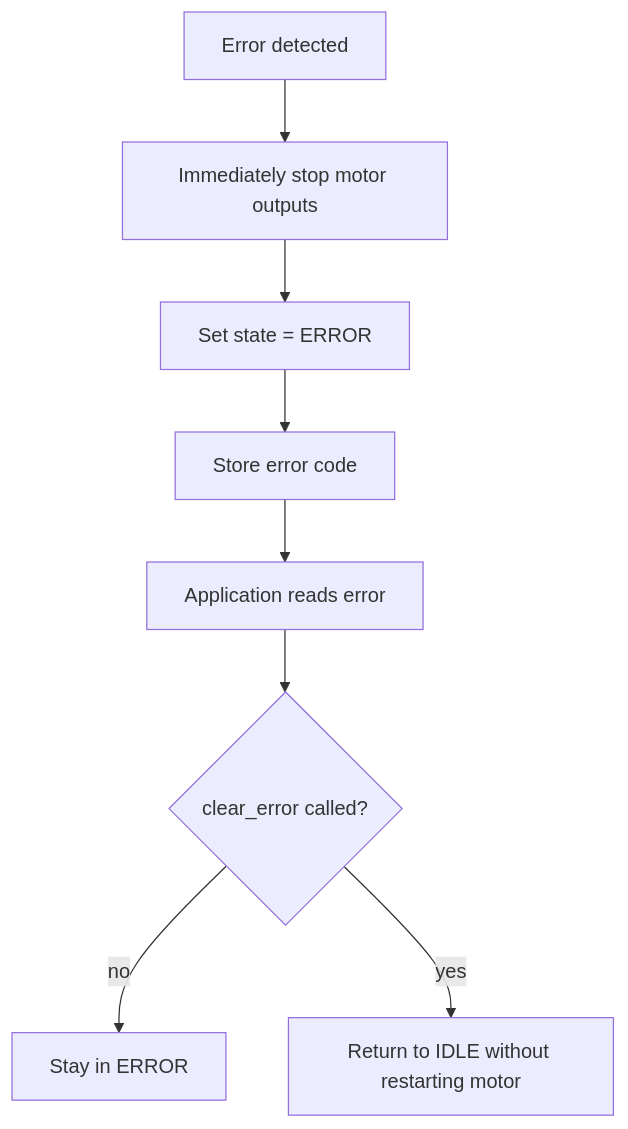
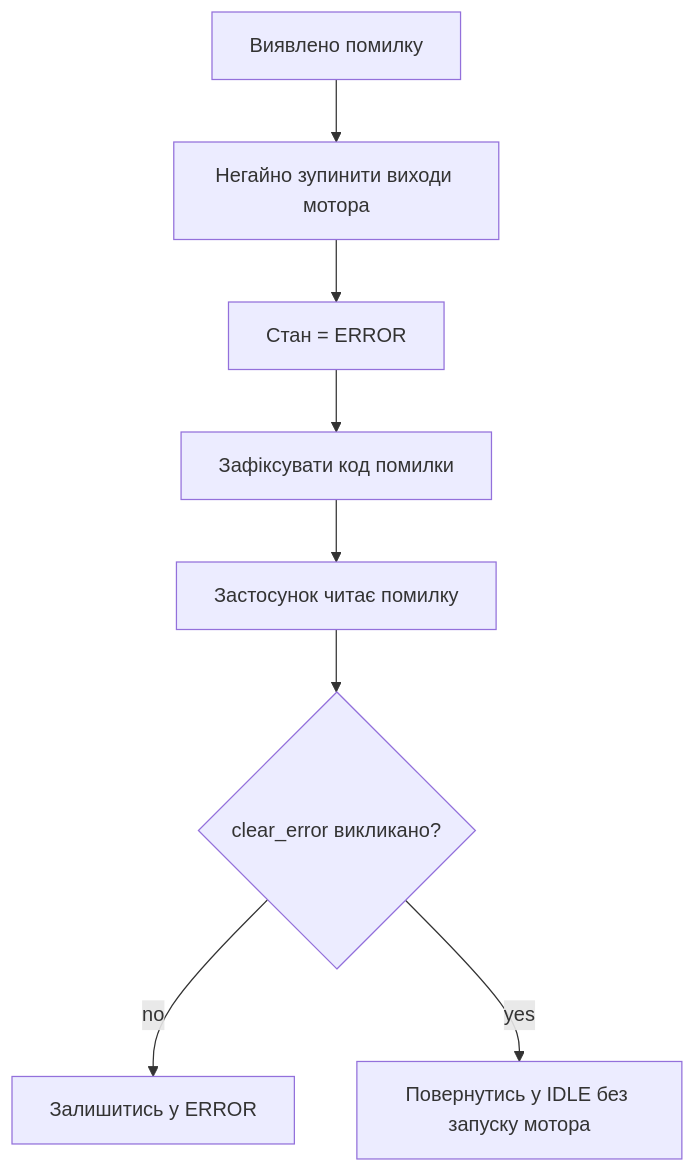
Before and after one commit to anatoliWeb/pic-platform: the fourth of 9 diagrams in docs/libraries/actuator/position_drive.ua.md, drawn with Mermaid. The commit also changed other lines of this file and 3 other files, not shown here.

First line of the commit message:
docs(position-drive): translate Mermaid labels to Ukrainian in UA docs

````diff
--- a/docs/libraries/actuator/position_drive.ua.md
+++ b/docs/libraries/actuator/position_drive.ua.md
@@ -199,10 +198,10 @@
 ```mermaid
 flowchart TD
-    ERR[Error detected] --> STOP[Immediately stop motor outputs]
-    STOP --> STATE[Set state = ERROR]
-    STATE --> CODE[Store error code]
-    CODE --> REPORT[Application reads error]
-    REPORT --> CLEAR{clear_error called?}
-    CLEAR -- no --> HOLD[Stay in ERROR]
-    CLEAR -- yes --> IDLE[Return to IDLE without restarting motor]
+    ERR[Виявлено помилку] --> STOP[Негайно зупинити виходи мотора]
+    STOP --> STATE[Стан = ERROR]
+    STATE --> CODE[Зафіксувати код помилки]
+    CODE --> REPORT[Застосунок читає помилку]
+    REPORT --> CLEAR{clear_error викликано?}
+    CLEAR -- no --> HOLD[Залишитись у ERROR]
+    CLEAR -- yes --> IDLE[Повернутись у IDLE без запуску мотора]
 ```
````
